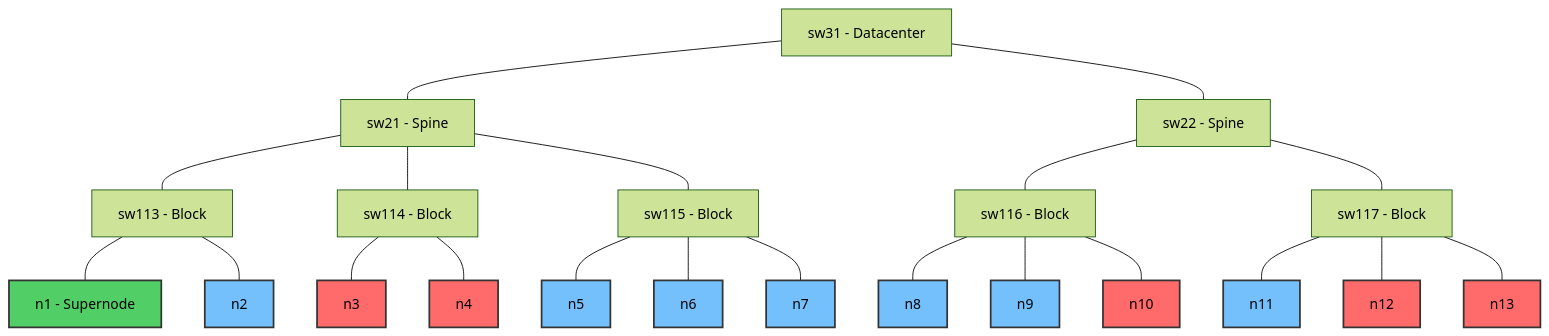
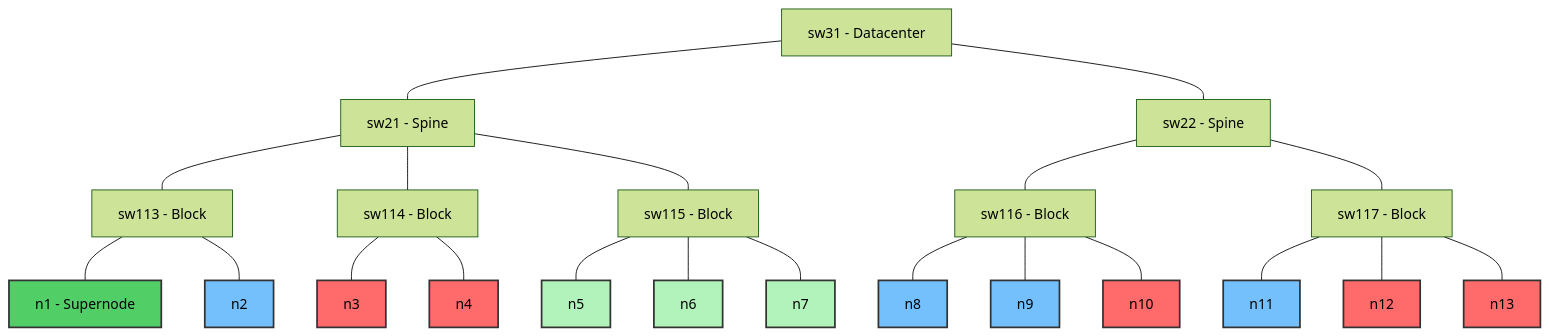
Before and after one commit to MSSkowron/knavigator: the third of 4 diagrams in resources/benchmarks/README.md, drawn with Mermaid (forest theme).

````diff
--- a/resources/benchmarks/README.md
+++ b/resources/benchmarks/README.md
@@ -468,38 +468,40 @@
 ```mermaid
 graph TD
     sw31[sw31 - Datacenter] --- sw21[sw21 - Spine]
     sw31 --- sw22[sw22 - Spine]
 
     sw21 --- sw113[sw113 - Block]
     sw21 --- sw114[sw114 - Block]
     sw21 --- sw115[sw115 - Block]
 
     sw22 --- sw116[sw116 - Block]
     sw22 --- sw117[sw117 - Block]
 
     sw113 --- n1[n1 - Supernode]
     sw113 --- n2[n2]
 
     sw114 --- n3[n3]
     sw114 --- n4[n4]
 
     sw115 --- n5[n5]
     sw115 --- n6[n6]
     sw115 --- n7[n7]
 
     sw116 --- n8[n8]
     sw116 --- n9[n9]
     sw116 --- n10[n10]
 
     sw117 --- n11[n11]
     sw117 --- n12[n12]
     sw117 --- n13[n13]
 
     classDef unschedulable fill:#ff6b6b,stroke:#333,stroke-width:2px;
-    classDef supernode fill:#51cf66,stroke:#333,stroke-width:2px;
-    classDef normal fill:#74c0fc,stroke:#333,stroke-width:2px;
+    classDef supernode   fill:#51cf66,stroke:#333,stroke-width:2px;
+    classDef normal      fill:#74c0fc,stroke:#333,stroke-width:2px;
+    classDef lightgreen  fill:#b2f2bb,stroke:#333,stroke-width:2px;
 
     class n3,n4,n10,n12,n13 unschedulable;
     class n1 supernode;
-    class n2,n5,n6,n7,n8,n9,n11 normal;
+    class n2,n8,n9,n11 normal;
+    class n5,n6,n7 lightgreen;
 ```
````
